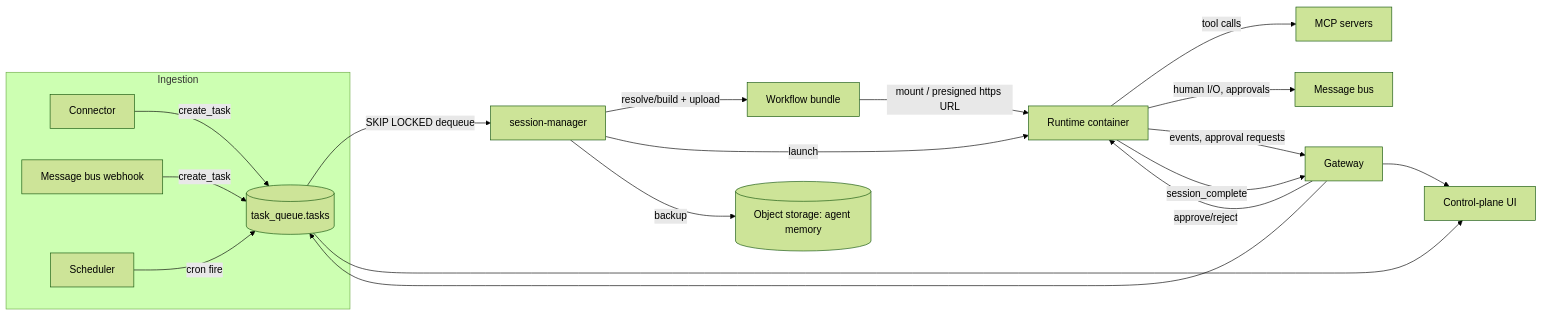
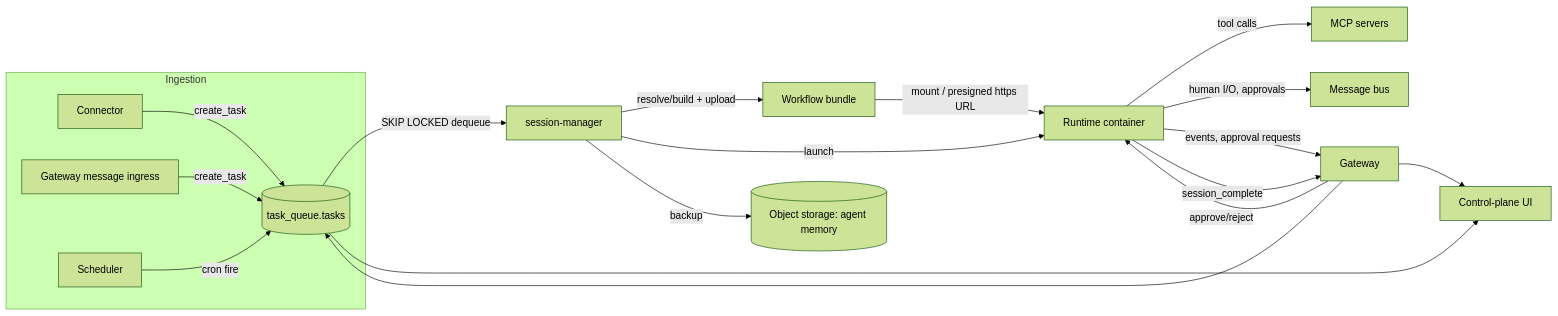
One commit to ops-workflows/agentic-ops-platform changed the diagram in docs/architecture.md. Above: the diagram before and after it, drawn with Mermaid (forest theme). The commit also changed other lines of this file and 47 other files, not shown here.

Commit message:
feat: move message interactions into gateway

````diff
--- a/docs/architecture.md
+++ b/docs/architecture.md
@@ -79,23 +79,23 @@
 ```mermaid
 flowchart LR
     subgraph Ingestion
         C[Connector] -->|create_task| Q[(task_queue.tasks)]
-        W[Message bus webhook] -->|create_task| Q
+      W[Gateway message ingress] -->|create_task| Q
         S[Scheduler] -->|cron fire| Q
     end
 
     Q -->|SKIP LOCKED dequeue| SM[session-manager]
     SM -->|resolve/build + upload| B[Workflow bundle]
     SM -->|launch| RT[Runtime container]
     B -->|mount / presigned https URL| RT
 
     RT -->|tool calls| MCP[MCP servers]
     RT -->|human I/O, approvals| MB[Message bus]
     RT -->|events, approval requests| GW[Gateway]
     GW -->|approve/reject| RT
     RT -->|session_complete| GW
     GW --> Q
     SM -->|backup| OS[(Object storage: agent memory)]
     Q --> UI[Control-plane UI]
     GW --> UI
 ```
````
